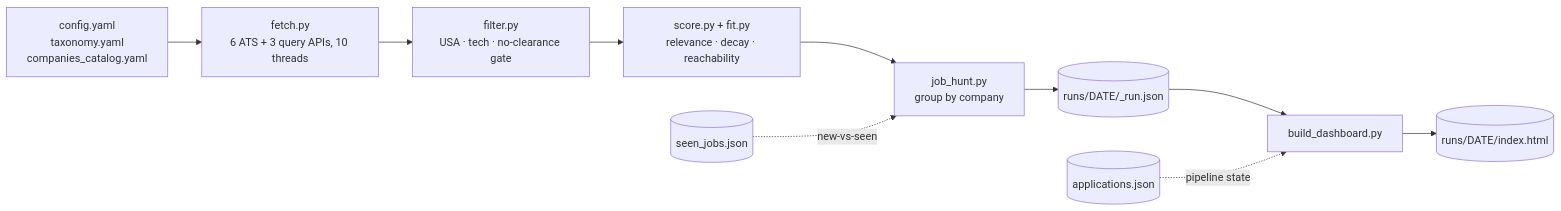
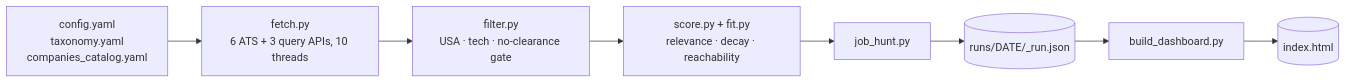
The diagram in README.md (canmenzo/jobscope), drawn with Mermaid before and after one commit. The commit also changed other lines of this file, not shown here.

````diff
--- a/README.md
+++ b/README.md
@@ -52,11 +71,8 @@
 ```mermaid
 flowchart LR
   A[config.yaml<br/>taxonomy.yaml<br/>companies_catalog.yaml] --> B
   B[fetch.py<br/>6 ATS + 3 query APIs, 10 threads] --> C
   C[filter.py<br/>USA · tech · no-clearance gate] --> D
   D[score.py + fit.py<br/>relevance · decay · reachability] --> E
-  E[job_hunt.py<br/>group by company] --> F[(runs/DATE/_run.json)]
-  F --> G[build_dashboard.py] --> H[(runs/DATE/index.html)]
-  I[(seen_jobs.json)] -.new-vs-seen.-> E
-  J[(applications.json)] -.pipeline state.-> G
+  E[job_hunt.py] --> F[(runs/DATE/_run.json)] --> G[build_dashboard.py] --> H[(index.html)]
 ```
````
